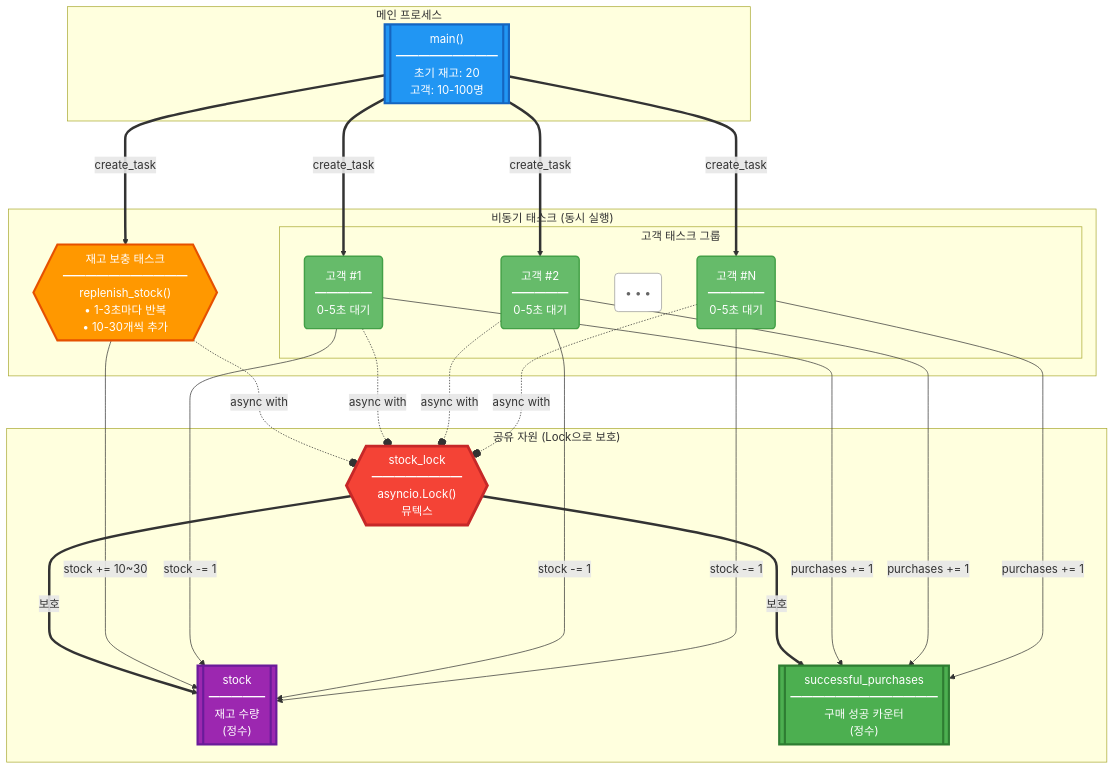
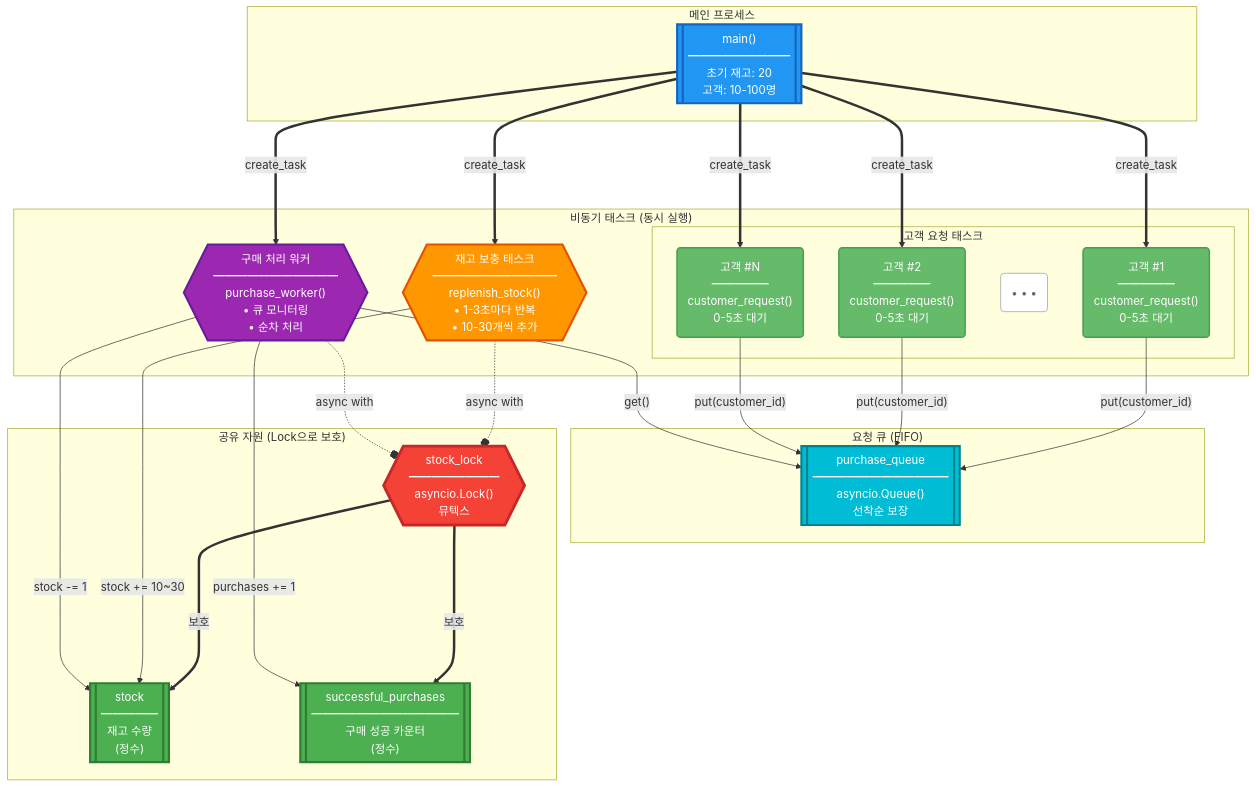
The first of 2 diagrams in README.md (zionge2k/py_async_simmulation), drawn with Mermaid before and after one commit. The commit also changed other lines of this file and 1 other file, not shown here.

````diff
--- a/README.md
+++ b/README.md
@@ -17,57 +18,65 @@
 ```mermaid
 graph TB
     subgraph MAIN["메인 프로세스"]
         M[["main()<br/>━━━━━━━━━<br/>초기 재고: 20<br/>고객: 10-100명"]]
     end
     
     subgraph TASKS["비동기 태스크 (동시 실행)"]
         R{{"재고 보충 태스크<br/>━━━━━━━━━━━<br/>replenish_stock()<br/>• 1-3초마다 반복<br/>• 10-30개씩 추가"}}
         
-        subgraph CUSTOMERS["고객 태스크 그룹"]
-            C1("고객 #1<br/>━━━━━<br/>0-5초 대기")
-            C2("고객 #2<br/>━━━━━<br/>0-5초 대기")
+        W{{"구매 처리 워커<br/>━━━━━━━━━━━<br/>purchase_worker()<br/>• 큐 모니터링<br/>• 순차 처리"}}
+        
+        subgraph CUSTOMERS["고객 요청 태스크"]
+            C1("고객 #1<br/>━━━━━<br/>customer_request()<br/>0-5초 대기")
+            C2("고객 #2<br/>━━━━━<br/>customer_request()<br/>0-5초 대기")
             CDOT("• • •")
-            CN("고객 #N<br/>━━━━━<br/>0-5초 대기")
+            CN("고객 #N<br/>━━━━━<br/>customer_request()<br/>0-5초 대기")
         end
+    end
+    
+    subgraph QUEUE["요청 큐 (FIFO)"]
+        Q[["purchase_queue<br/>━━━━━━━━━━━━<br/>asyncio.Queue()<br/>선착순 보장"]]
     end
     
     subgraph SHARED["공유 자원 (Lock으로 보호)"]
         L{{"stock_lock<br/>━━━━━━━━<br/>asyncio.Lock()<br/>뮤텍스"}}
         S[["stock<br/>━━━━━<br/>재고 수량<br/>(정수)"]]
         SP[["successful_purchases<br/>━━━━━━━━━━━━━<br/>구매 성공 카운터<br/>(정수)"]]
     end
     
     M ===>|"create_task"| R
+    M ===>|"create_task"| W
     M ===>|"create_task"| C1
     M ===>|"create_task"| C2
     M ===>|"create_task"| CN
     
+    C1 -->|"put(customer_id)"| Q
+    C2 -->|"put(customer_id)"| Q
+    CN -->|"put(customer_id)"| Q
+    
+    W -->|"get()"| Q
+    
     R -.-o|"async with"| L
-    C1 -.-o|"async with"| L
-    C2 -.-o|"async with"| L
-    CN -.-o|"async with"| L
+    W -.-o|"async with"| L
     
     L ====>|"보호"| S
     L ====>|"보호"| SP
     
     R -->|"stock += 10~30"| S
-    C1 -->|"stock -= 1"| S
-    C2 -->|"stock -= 1"| S
-    CN -->|"stock -= 1"| S
-    
-    C1 -->|"purchases += 1"| SP
-    C2 -->|"purchases += 1"| SP
-    CN -->|"purchases += 1"| SP
+    W -->|"stock -= 1"| S
+    W -->|"purchases += 1"| SP
     
     style M fill:#2196f3,stroke:#1565c0,stroke-width:3px,color:#fff
     style R fill:#ff9800,stroke:#e65100,stroke-width:3px,color:#fff
+    style W fill:#9c27b0,stroke:#6a1b9a,stroke-width:3px,color:#fff
+    style Q fill:#00bcd4,stroke:#00838f,stroke-width:3px,color:#fff
     style L fill:#f44336,stroke:#c62828,stroke-width:4px,color:#fff
-    style S fill:#9c27b0,stroke:#6a1b9a,stroke-width:3px,color:#fff
+    style S fill:#4caf50,stroke:#2e7d32,stroke-width:3px,color:#fff
     style SP fill:#4caf50,stroke:#2e7d32,stroke-width:3px,color:#fff
     
     classDef customerClass fill:#66bb6a,stroke:#43a047,stroke-width:2px,color:#fff
     class C1,C2,CN customerClass
     
     classDef dotClass fill:#fff,stroke:#999,stroke-width:1px,color:#666
     class CDOT dotClass
 ```
````
